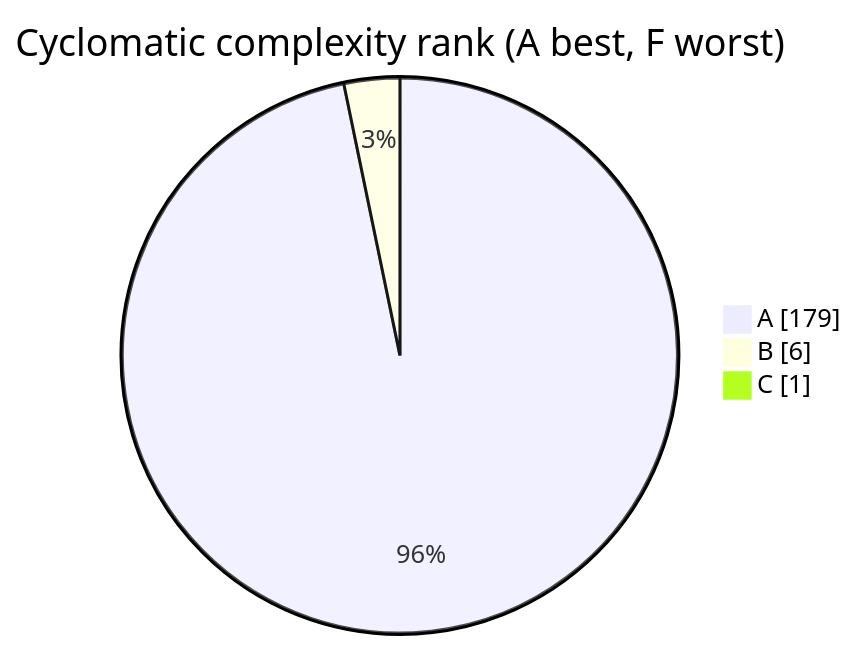
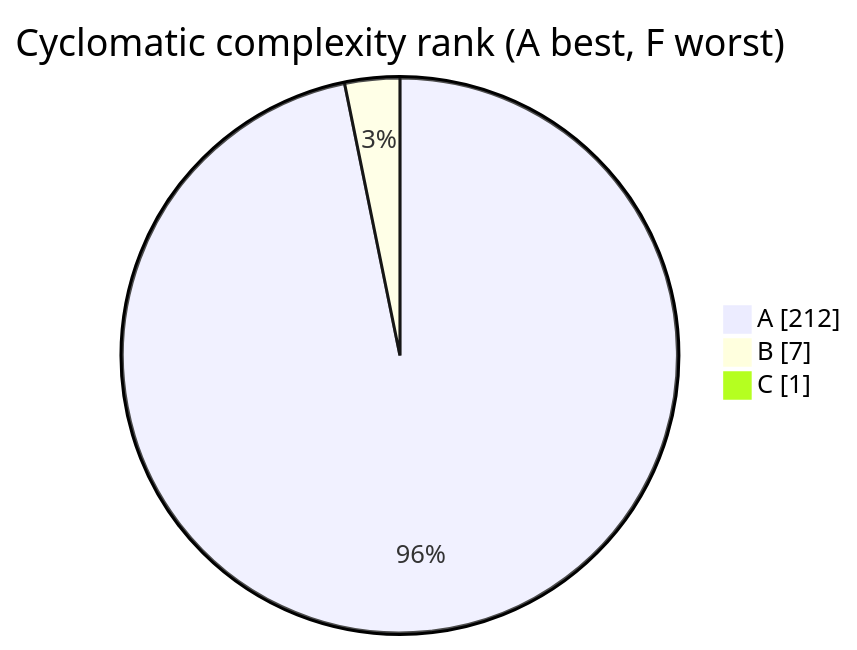
One commit to Kgotso-Koete/fastapi-clean-example changed the diagram in docs/wiki/generated/complexity.md. Above: the diagram before and after it, drawn with Mermaid. The commit also changed other lines of this file and 84 other files, not shown here.

````diff
--- a/docs/wiki/generated/complexity.md
+++ b/docs/wiki/generated/complexity.md
@@ -27,8 +27,8 @@
     ```mermaid
     %%{init: {"theme": "default", "themeVariables": {"fontSize": "14px"}, "flowchart": {"nodeSpacing": 20, "rankSpacing": 16, "padding": 10, "subGraphTitleMargin": {"top": 5, "bottom": 12}, "useMaxWidth": false}}}%%
     pie showData
         title Cyclomatic complexity rank (A best, F worst)
-        "A" : 179
-        "B" : 6
+        "A" : 212
+        "B" : 7
         "C" : 1
     ```
````
